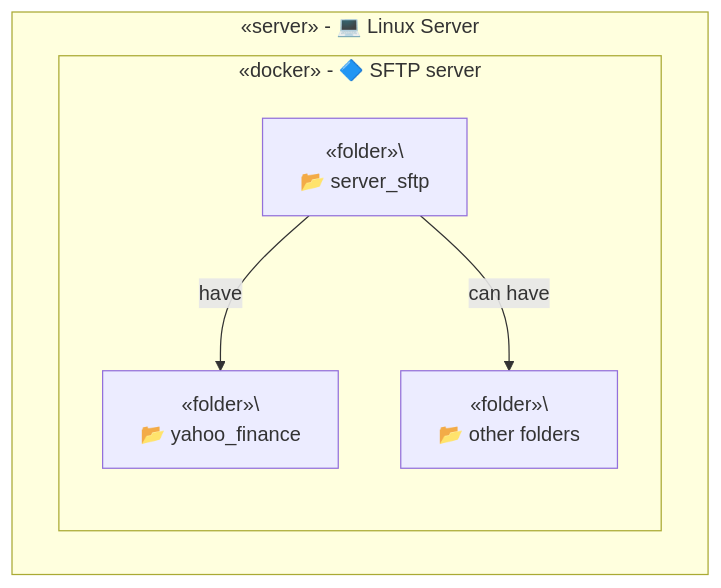
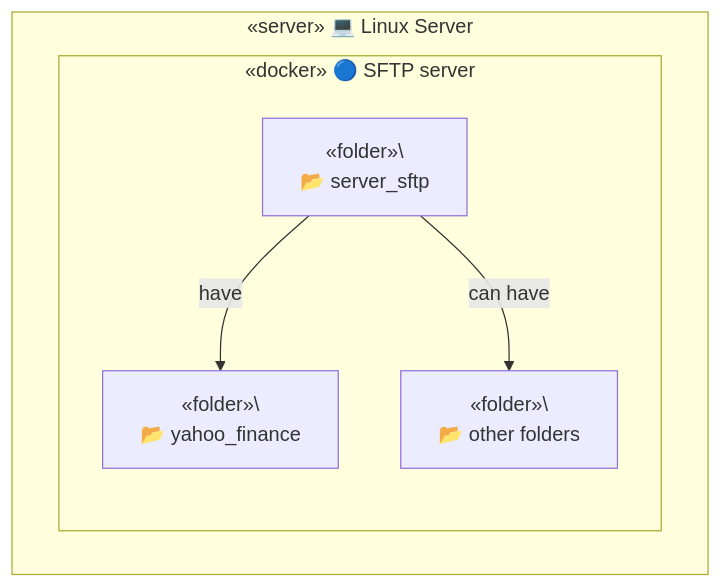
Before and after one commit to TrulyDigital/DATA_STREET: the second of 3 diagrams in server_sftp/README.md, drawn with Mermaid.

Commit message:
feat: server sftp

````diff
--- a/server_sftp/README.md
+++ b/server_sftp/README.md
@@ -14,13 +14,13 @@
 ```mermaid
 graph TD
-    subgraph Container_A [«server» - 💻 Linux Server]
-        subgraph Contenedor_A [«docker» - 🔷 SFTP server]
+    subgraph Container_A [«server» 💻 Linux Server]
+        subgraph Contenedor_A [«docker» 🔵 SFTP server]
             A1[«folder»\<br/> 📂 server_sftp]
             A2[«folder»\<br/> 📂 yahoo_finance]
             A3[«folder»\<br/> 📂 other folders]
         end
 
         A1 -- have --> A2
         A1 -- can have --> A3
     end
 ```
````
